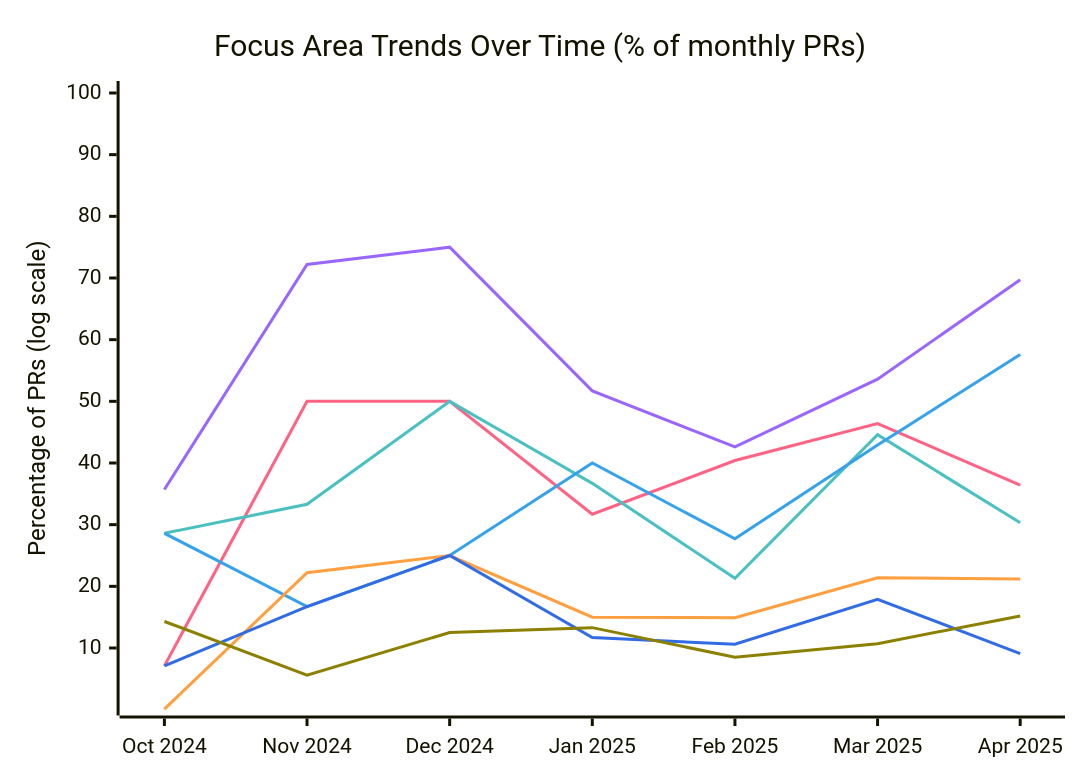
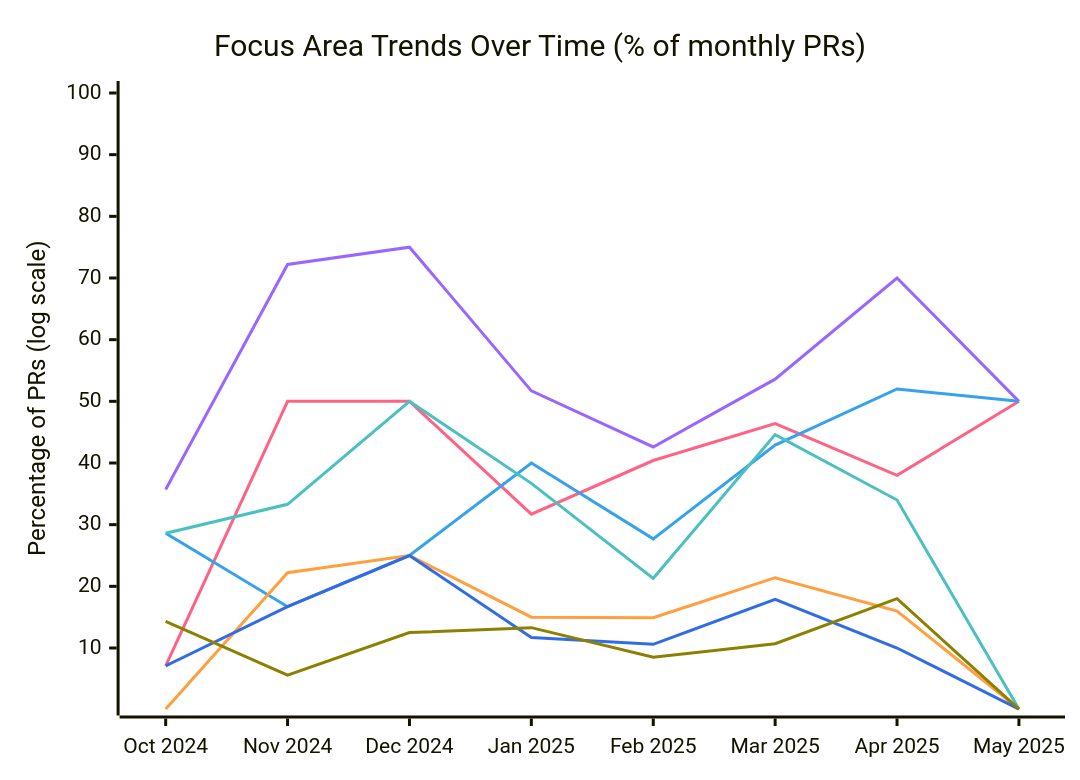
Before and after one commit to microsoft/edge-ai: the eighth of 9 diagrams in docs/contributions.md, drawn with Mermaid. The commit also changed other lines of this file and 9 other files, not shown here.

First line of the commit message:
feat(reporting): add scenario to capability to feature mapping graphic - Merged PR 292

````diff
--- a/docs/contributions.md
+++ b/docs/contributions.md
@@ -250,8 +252,8 @@
 ``` mermaid
-%%{init: {"themeVariables": {"xyChart": {"plotColorPalette": "#9966FF, #FF6384, #4BC0C0, #36A2EB, #FF9F40, #326CE5, #8B8000"}}}}%%
+%%{init: {"themeVariables": {"xyChart": {"plotColorPalette": "#9966FF, #FF6384, #36A2EB, #4BC0C0, #FF9F40, #326CE5, #8B8000"}}}}%%
 xychart-beta
     title "Focus Area Trends Over Time (% of monthly PRs)"
-    x-axis ["Oct 2024", "Nov 2024", "Dec 2024", "Jan 2025", "Feb 2025", "Mar 2025", "Apr 2025"]
+    x-axis ["Oct 2024", "Nov 2024", "Dec 2024", "Jan 2025", "Feb 2025", "Mar 2025", "Apr 2025", "May 2025"]
     y-axis "Percentage of PRs (log scale)" 1 --> 100
-        line "Features" [35.7, 72.2, 75, 51.7, 42.6, 53.6, 69.7]     line "CI/CD" [7.1, 50, 50, 31.7, 40.4, 46.4, 36.4]     line "Bug Fixes" [28.6, 33.3, 50, 36.7, 21.3, 44.6, 30.3]     line "Documentation" [28.6, 16.7, 25, 40, 27.7, 42.9, 57.6]     line "Terraform" [0.1, 22.2, 25, 15, 14.9, 21.4, 21.2]     line "Kubernetes" [7.1, 16.7, 25, 11.7, 10.6, 17.9, 9.1]     line "Refactoring" [14.3, 5.6, 12.5, 13.3, 8.5, 10.7, 15.2]
+        line "Features" [35.7, 72.2, 75, 51.7, 42.6, 53.6, 70, 50]     line "CI/CD" [7.1, 50, 50, 31.7, 40.4, 46.4, 38, 50]     line "Documentation" [28.6, 16.7, 25, 40, 27.7, 42.9, 52, 50]     line "Bug Fixes" [28.6, 33.3, 50, 36.7, 21.3, 44.6, 34, 0.1]     line "Terraform" [0.1, 22.2, 25, 15, 14.9, 21.4, 16, 0.1]     line "Kubernetes" [7.1, 16.7, 25, 11.7, 10.6, 17.9, 10, 0.1]     line "Refactoring" [14.3, 5.6, 12.5, 13.3, 8.5, 10.7, 18, 0.1]
 ```
````
